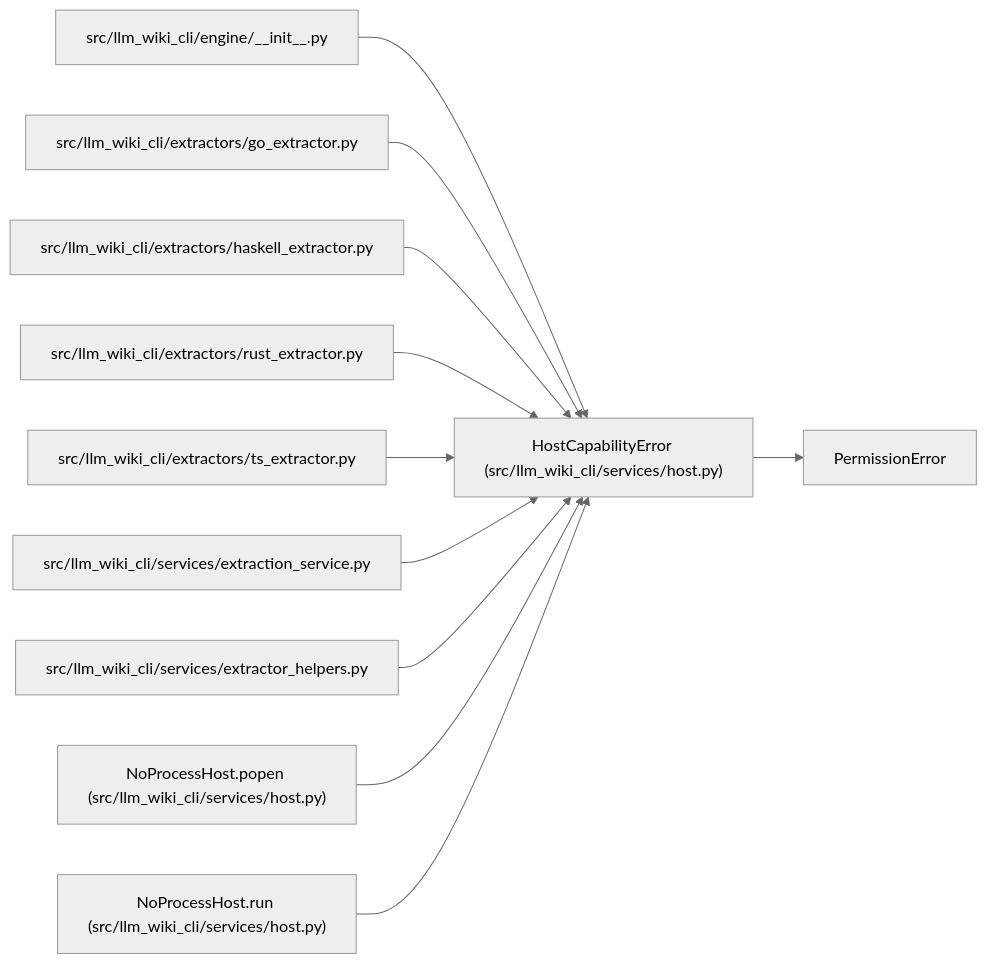
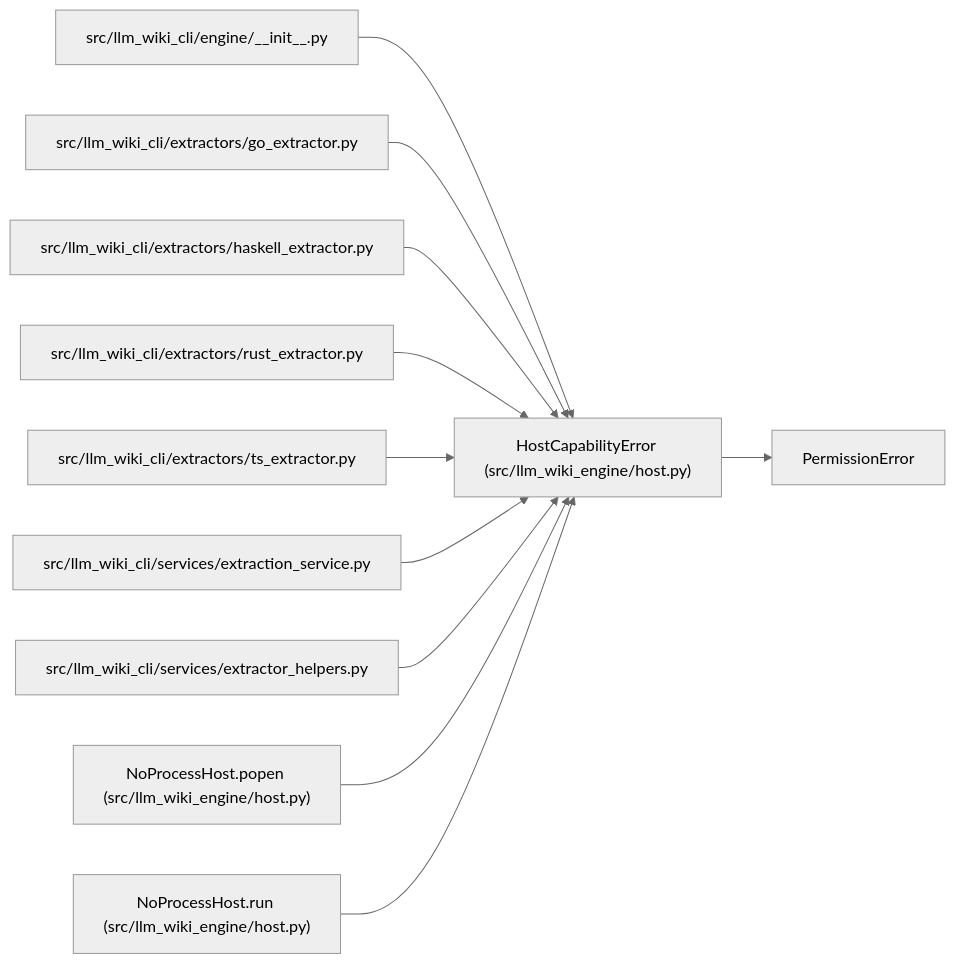
The diagram in docs/llm_wiki/entities/HostCapabilityError.md (Denissvgn/python-wiki-llm), drawn with Mermaid (neutral theme) before and after one commit. The commit also changed other lines of this file and 1103 other files, not shown here.

First line of the commit message:
docs: refresh the wiki for the llm-wiki-engine distribution

````diff
--- a/docs/llm_wiki/entities/HostCapabilityError.md
+++ b/docs/llm_wiki/entities/HostCapabilityError.md
@@ -26,34 +26,34 @@
 ```mermaid
 flowchart LR
-    n0["HostCapabilityError (src/llm_wiki_cli/services/host.py)"]
+    n0["HostCapabilityError (src/llm_wiki_engine/host.py)"]
     n1["PermissionError"]
     n2["src/llm_wiki_cli/engine/__init__.py"]
     n3["src/llm_wiki_cli/extractors/go_extractor.py"]
     n4["src/llm_wiki_cli/extractors/haskell_extractor.py"]
     n5["src/llm_wiki_cli/extractors/rust_extractor.py"]
     n6["src/llm_wiki_cli/extractors/ts_extractor.py"]
     n7["src/llm_wiki_cli/services/extraction_service.py"]
     n8["src/llm_wiki_cli/services/extractor_helpers.py"]
-    n9["NoProcessHost.popen (src/llm_wiki_cli/services/host.py)"]
-    n10["NoProcessHost.run (src/llm_wiki_cli/services/host.py)"]
+    n9["NoProcessHost.popen (src/llm_wiki_engine/host.py)"]
+    n10["NoProcessHost.run (src/llm_wiki_engine/host.py)"]
     n0 --> n1
     n2 --> n0
     n3 --> n0
     n4 --> n0
     n5 --> n0
     n6 --> n0
     n7 --> n0
     n8 --> n0
     n9 --> n0
     n10 --> n0
     click n0 "../modules/host.md"
     click n2 "../modules/engine___init__.md"
     click n3 "../modules/go_extractor.md"
     click n4 "../modules/haskell_extractor.md"
     click n5 "../modules/rust_extractor.md"
     click n6 "../modules/ts_extractor.md"
     click n7 "../modules/extraction_service.md"
     click n8 "../modules/extractor_helpers.md"
     click n9 "../modules/host.md"
     click n10 "../modules/host.md"
 ```
````
